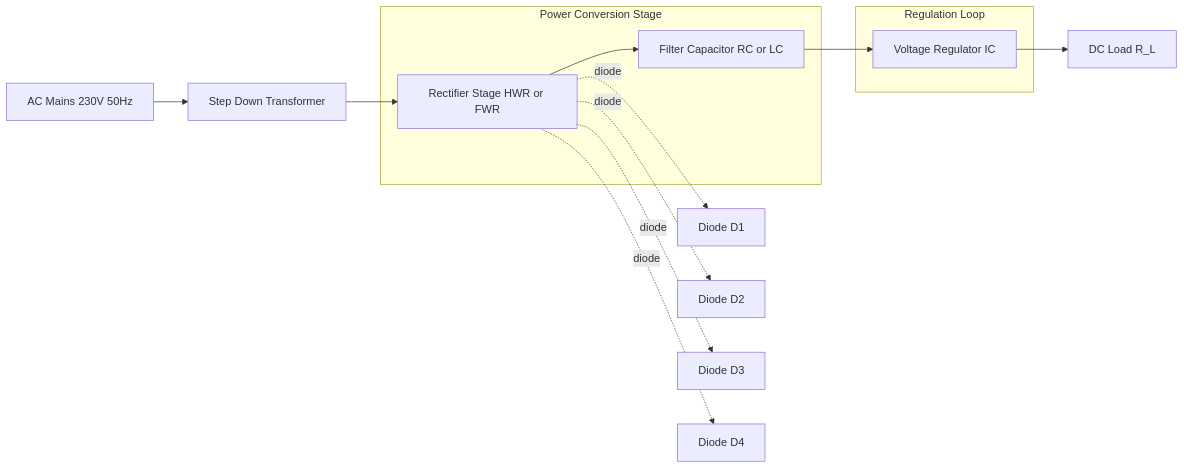
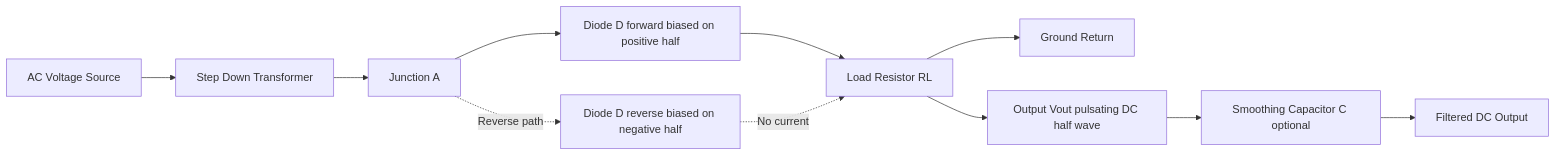
One commit to vishnuu-kr/ktunode changed the first of 4 diagrams in public/notes/computer-science-and-engineering/semester-1/gapht121-physics-for-information-science/04-module-4-semiconductor-devices/semiconductor-devices-rectifiers-full-wave-and-half-wave/notes.md. Above: the diagram before and after it, drawn with Mermaid. The commit also changed other lines of this file and 4829 other files, not shown here.

````diff
--- a/public/notes/computer-science-and-engineering/semester-1/gapht121-physics-for-information-science/04-module-4-semiconductor-devices/semiconductor-devices-rectifiers-full-wave-and-half-wave/notes.md
+++ b/public/notes/computer-science-and-engineering/semester-1/gapht121-physics-for-information-science/04-module-4-semiconductor-devices/semiconductor-devices-rectifiers-full-wave-and-half-wave/notes.md
@@ -434,22 +553,13 @@
 ```mermaid
 flowchart LR
-    MAINS[AC Mains 230V 50Hz] --> XFMR[Step Down Transformer]
-    XFMR --> RECT[Rectifier Stage HWR or FWR]
-    RECT --> FILT[Filter Capacitor RC or LC]
-    FILT --> REG[Voltage Regulator IC]
-    REG --> LOAD[DC Load R_L]
-
-    RECT -. diode .-> D1[Diode D1]
-    RECT -. diode .-> D2[Diode D2]
-    RECT -. diode .-> D3[Diode D3]
-    RECT -. diode .-> D4[Diode D4]
-
-    subgraph PowerStage[Power Conversion Stage]
-        RECT
-        FILT
-    end
-
-    subgraph Feedback[Regulation Loop]
-        REG
-    end
+    ACsrc[AC Voltage Source] --> Trans[Step Down Transformer]
+    Trans --> Node1[Junction A]
+    Node1 --> Diode[Diode D forward biased on positive half]
+    Diode --> Rload[Load Resistor RL]
+    Rload --> Gnd1[Ground Return]
+    Node1 -.Reverse path.-> Off[Diode D reverse biased on negative half]
+    Off -.No current.-> Rload
+    Rload --> VoutH[Output Vout pulsating DC half wave]
+    VoutH --> FilterH[Smoothing Capacitor C optional]
+    FilterH --> DCHalf[Filtered DC Output]
 ```
````
